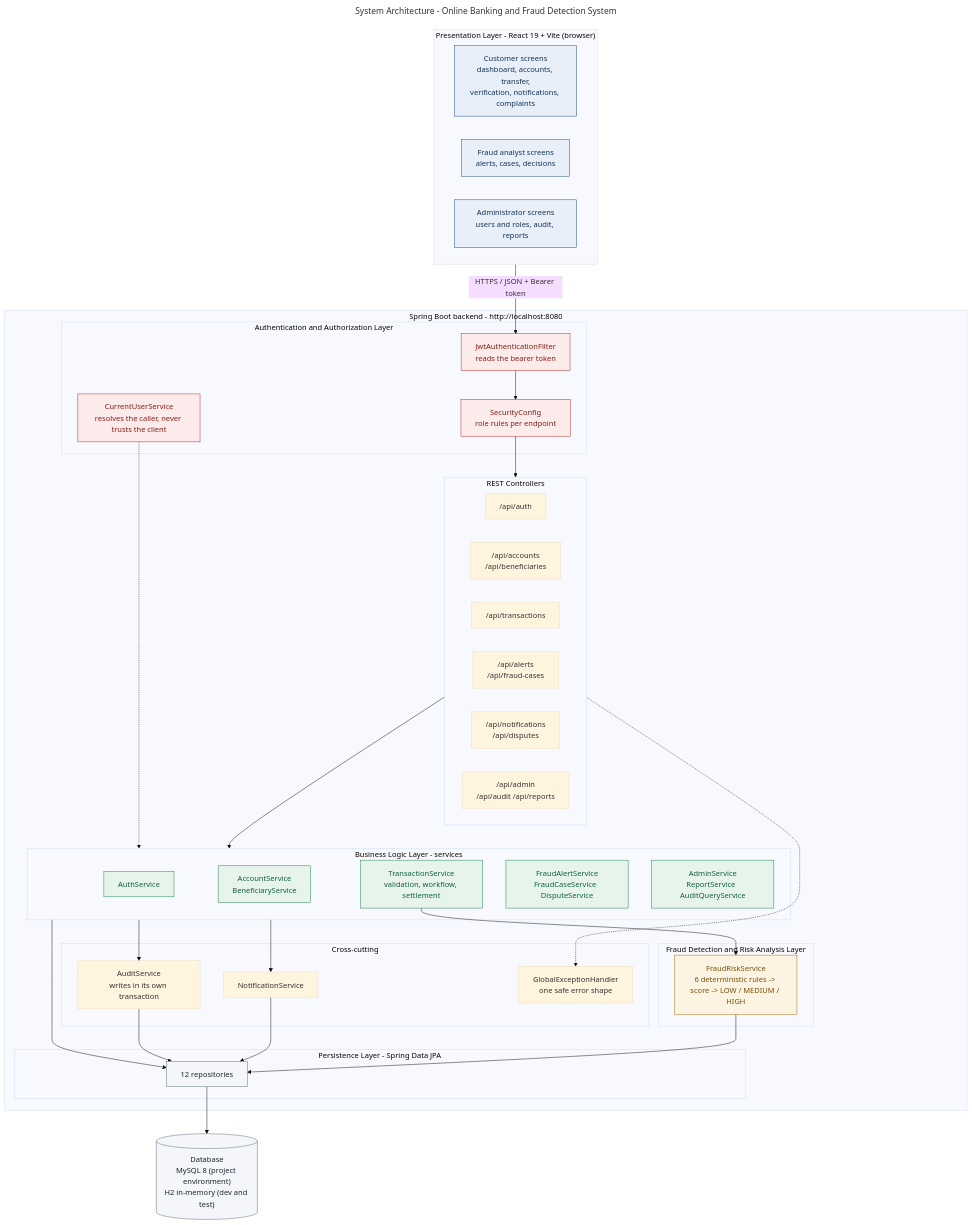
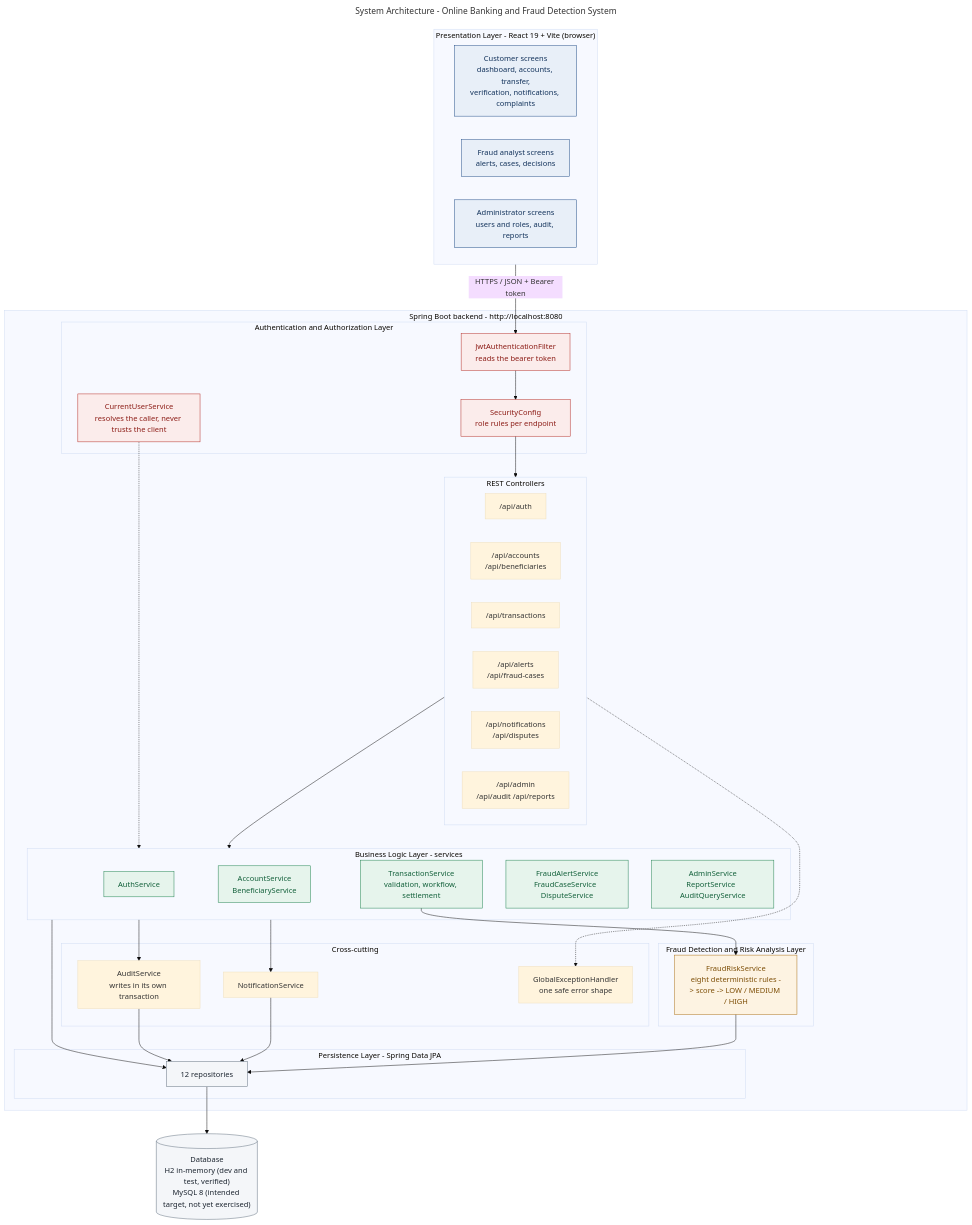
The diagram in docs/diagrams/02_system_architecture.mmd (anmol-228/online-banking-fraud-detection-system), drawn with Mermaid (base theme) before and after one commit. The commit also changed 16 other files, not shown here.

```diff
--- a/docs/diagrams/02_system_architecture.mmd
+++ b/docs/diagrams/02_system_architecture.mmd
@@ -1,76 +1,76 @@
 ---
 title: System Architecture - Online Banking and Fraud Detection System
 ---
 flowchart TB
     subgraph PRESENT["Presentation Layer - React 19 + Vite (browser)"]
         UI_C["Customer screens<br/>dashboard, accounts, transfer,<br/>verification, notifications, complaints"]
         UI_F["Fraud analyst screens<br/>alerts, cases, decisions"]
         UI_A["Administrator screens<br/>users and roles, audit, reports"]
     end
 
     subgraph API["Spring Boot backend - http://localhost:8080"]
         subgraph SEC["Authentication and Authorization Layer"]
             FILTER["JwtAuthenticationFilter<br/>reads the bearer token"]
             SECCFG["SecurityConfig<br/>role rules per endpoint"]
             CURRENT["CurrentUserService<br/>resolves the caller, never trusts the client"]
         end
 
         subgraph CTRL["REST Controllers"]
             C1["/api/auth"]
             C2["/api/accounts<br/>/api/beneficiaries"]
             C3["/api/transactions"]
             C4["/api/alerts<br/>/api/fraud-cases"]
             C5["/api/notifications<br/>/api/disputes"]
             C6["/api/admin<br/>/api/audit  /api/reports"]
         end
 
         subgraph BIZ["Business Logic Layer - services"]
             S1["AuthService"]
             S2["AccountService<br/>BeneficiaryService"]
             S3["TransactionService<br/>validation, workflow, settlement"]
             S4["FraudAlertService<br/>FraudCaseService  DisputeService"]
             S5["AdminService<br/>ReportService  AuditQueryService"]
         end
 
         subgraph FRAUD["Fraud Detection and Risk Analysis Layer"]
-            RULES["FraudRiskService<br/>6 deterministic rules -> score -> LOW / MEDIUM / HIGH"]
+            RULES["FraudRiskService<br/>eight deterministic rules -> score -> LOW / MEDIUM / HIGH"]
         end
 
         subgraph CROSS["Cross-cutting"]
             NOTIF["NotificationService"]
             AUDIT["AuditService<br/>writes in its own transaction"]
             ERR["GlobalExceptionHandler<br/>one safe error shape"]
         end
 
         subgraph DATA["Persistence Layer - Spring Data JPA"]
             REPO["12 repositories"]
         end
     end
 
-    DB[("Database<br/>MySQL 8 (project environment)<br/>H2 in-memory (dev and test)")]
+    DB[("Database<br/>H2 in-memory (dev and test, verified)<br/>MySQL 8 (intended target, not yet exercised)")]
 
     PRESENT -- "HTTPS / JSON + Bearer token" --> FILTER
     FILTER --> SECCFG --> CTRL
     CTRL --> BIZ
     CURRENT -.-> BIZ
     S3 --> RULES
     BIZ --> NOTIF
     BIZ --> AUDIT
     BIZ --> REPO
     RULES --> REPO
     NOTIF --> REPO
     AUDIT --> REPO
     REPO --> DB
     CTRL -.-> ERR
 
     classDef ui fill:#e8eff8,stroke:#1d4a85,color:#12325b
     classDef sec fill:#fbeceb,stroke:#b3261e,color:#8c1c16
     classDef biz fill:#e6f4ec,stroke:#1a7f4b,color:#12603a
     classDef fr fill:#fdf3e2,stroke:#a86a09,color:#7d4e06
     classDef db fill:#f4f6f9,stroke:#5d6b7a,color:#1c2530
 
     class UI_C,UI_F,UI_A ui
     class FILTER,SECCFG,CURRENT sec
     class S1,S2,S3,S4,S5 biz
     class RULES fr
     class REPO,DB db
```
